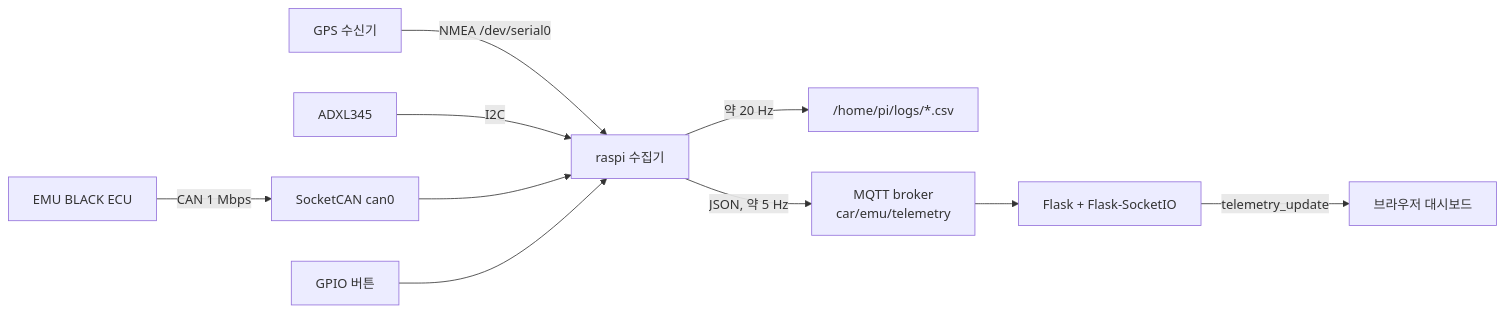
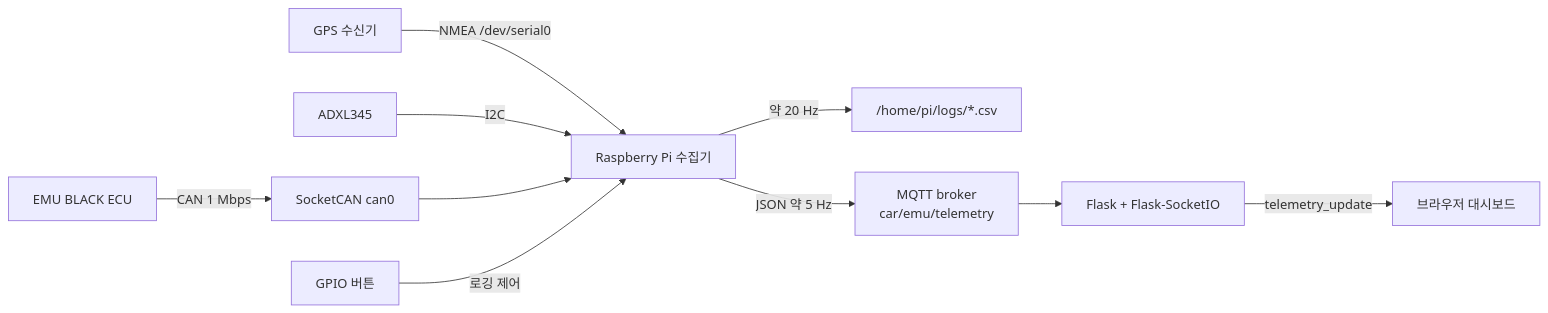
Before and after one commit to hackisha/EMU-LOGGER: the diagram in README.md, drawn with Mermaid. The commit also changed other lines of this file, not shown here.

````diff
--- a/README.md
+++ b/README.md
@@ -18,12 +26,12 @@
 ```mermaid
 flowchart LR
     ECU[EMU BLACK ECU] -->|CAN 1 Mbps| SC[SocketCAN can0]
-    GPS[GPS 수신기] -->|NMEA /dev/serial0| COL[raspi 수집기]
+    GPS[GPS 수신기] -->|NMEA /dev/serial0| COL[Raspberry Pi 수집기]
     ACC[ADXL345] -->|I2C| COL
     SC --> COL
-    BTN[GPIO 버튼] --> COL
+    BTN[GPIO 버튼] -->|로깅 제어| COL
     COL -->|약 20 Hz| CSV["/home/pi/logs/*.csv"]
-    COL -->|JSON, 약 5 Hz| MQTT[MQTT broker<br/>car/emu/telemetry]
+    COL -->|JSON 약 5 Hz| MQTT[MQTT broker<br/>car/emu/telemetry]
     MQTT --> WEB[Flask + Flask-SocketIO]
     WEB -->|telemetry_update| UI[브라우저 대시보드]
 ```
````
